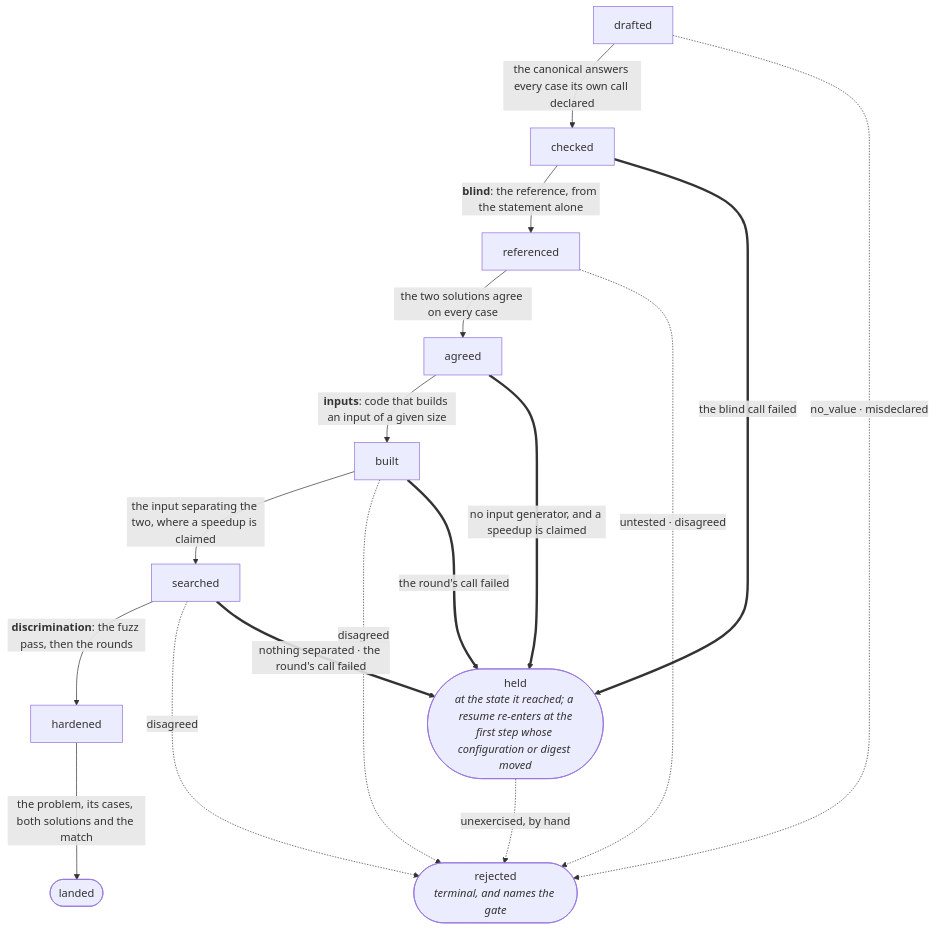
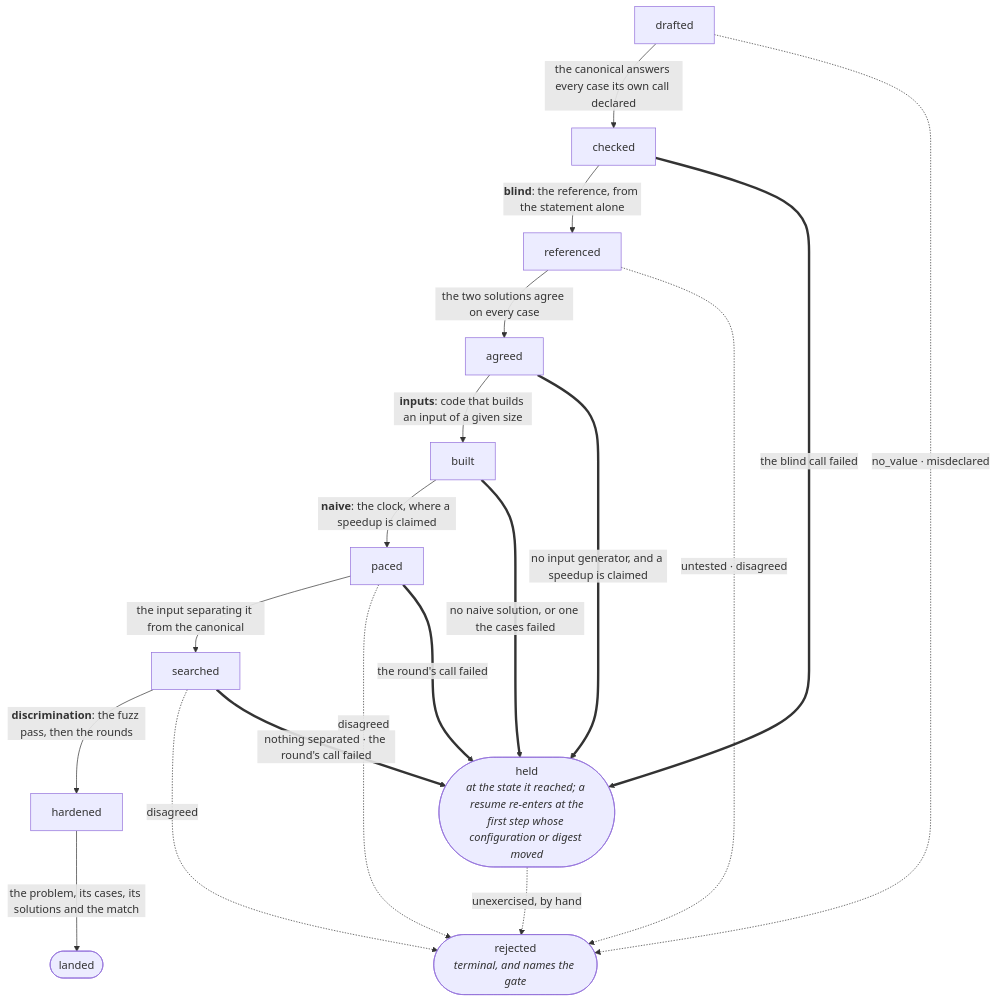
Before and after one commit to lunochkin/algo-coach: the diagram in docs/architecture/flows.md, drawn with Mermaid. The commit also changed other lines of this file and 3 other files, not shown here.

````diff
--- a/docs/architecture/flows.md
+++ b/docs/architecture/flows.md
@@ -162,21 +174,23 @@
 ```mermaid
 flowchart TB
   D["drafted"] -->|"the canonical answers every case its own call declared"| C["checked"]
   C -->|"<b>blind</b>: the reference, from the statement alone"| R["referenced"]
   R -->|"the two solutions agree on every case"| A["agreed"]
   A -->|"<b>inputs</b>: code that builds an input of a given size"| B["built"]
-  B -->|"the input separating the two, where a speedup is claimed"| S["searched"]
+  B -->|"<b>naive</b>: the clock, where a speedup is claimed"| P["paced"]
+  P -->|"the input separating it from the canonical"| S["searched"]
   S -->|"<b>discrimination</b>: the fuzz pass, then the rounds"| H["hardened"]
-  H -->|"the problem, its cases, both solutions and the match"| L(["landed"])
+  H -->|"the problem, its cases, its solutions and the match"| L(["landed"])
 
   D -.->|"no_value · misdeclared"| X(["rejected<br/><i>terminal, and names the gate</i>"])
   R -.->|"untested · disagreed"| X
-  B -.->|"disagreed"| X
+  P -.->|"disagreed"| X
   S -.->|"disagreed"| X
 
   C ==>|"the blind call failed"| Z(["held<br/><i>at the state it reached; a resume re-enters at the<br/>first step whose configuration or digest moved</i>"])
   A ==>|"no input generator, and a speedup is claimed"| Z
-  B ==>|"the round's call failed"| Z
+  B ==>|"no naive solution, or one the cases failed"| Z
+  P ==>|"the round's call failed"| Z
   S ==>|"nothing separated · the round's call failed"| Z
   Z -.->|"unexercised, by hand"| X
 ```
````
